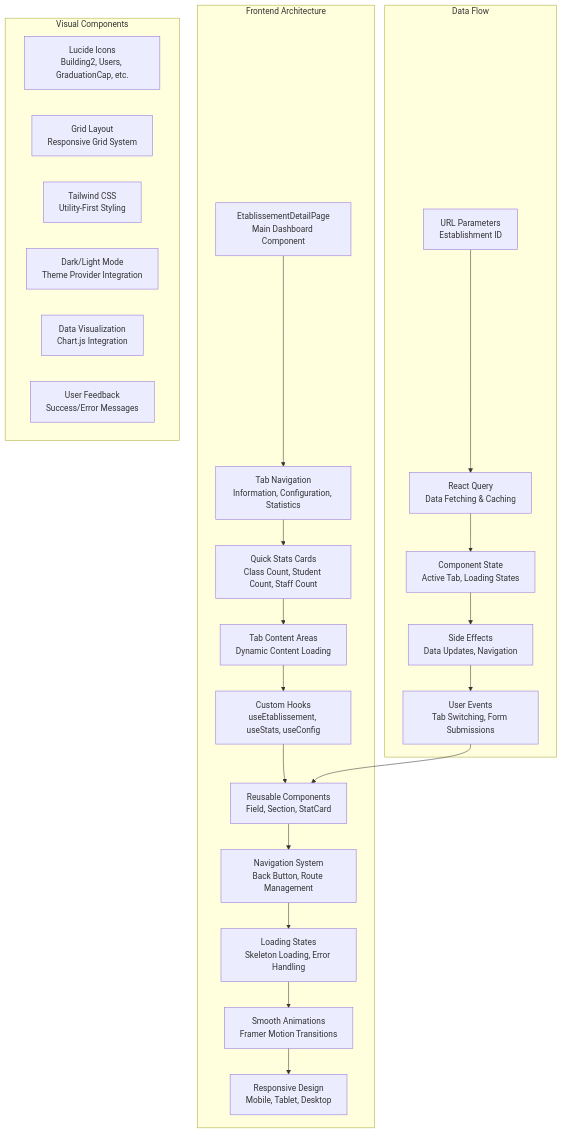
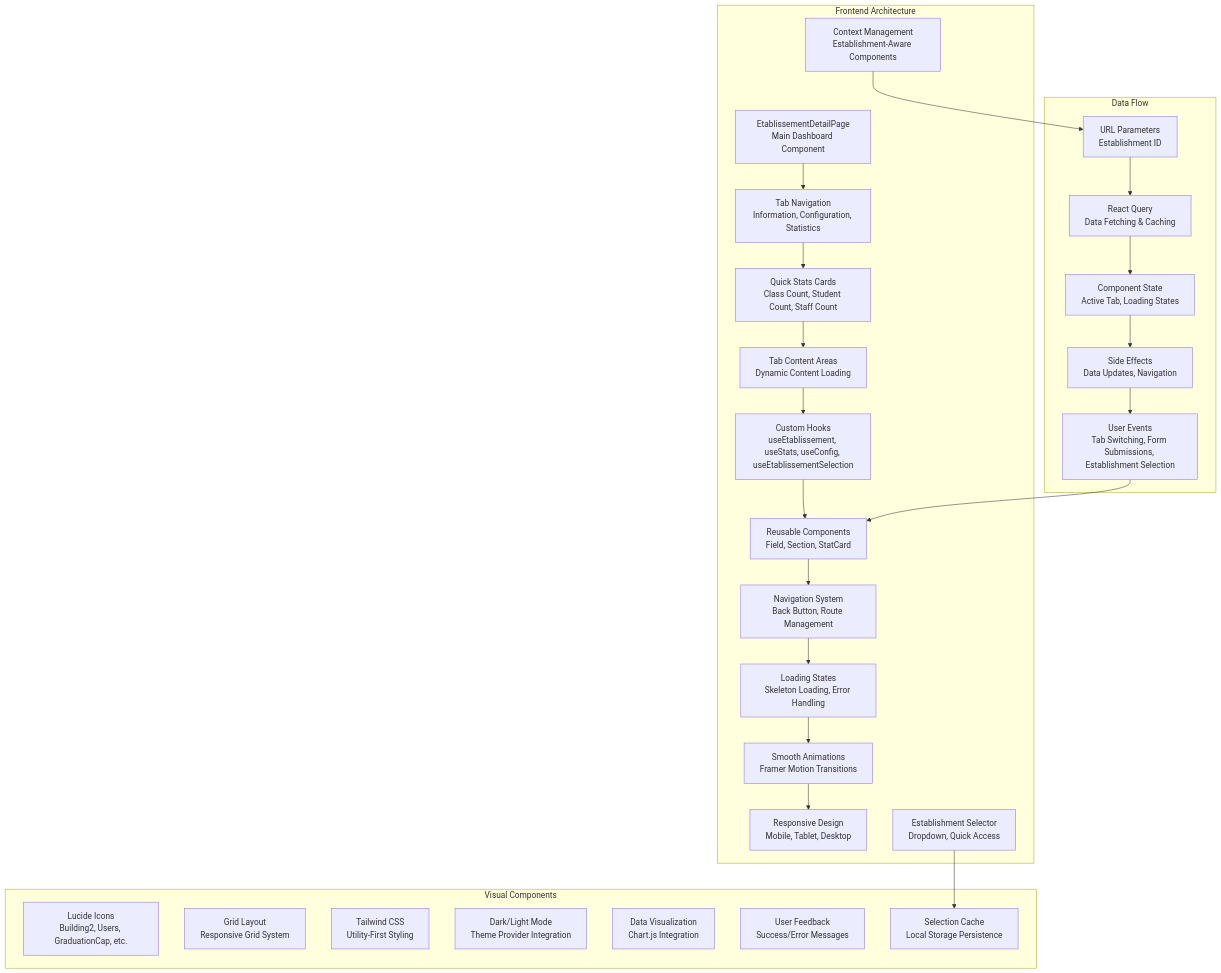
Before and after one commit to franckylab/eLISAschool: the eighth of 12 diagrams in .qoder/repowiki/en/content/Modules & Features/Administrative Modules/Establishment Management.md, drawn with Mermaid. The commit also changed other lines of this file and 281 other files, not shown here.

````diff
--- a/.qoder/repowiki/en/content/Modules & Features/Administrative Modules/Establishment Management.md
+++ b/.qoder/repowiki/en/content/Modules & Features/Administrative Modules/Establishment Management.md
@@ -510,44 +621,49 @@
 ```mermaid
 graph TB
 subgraph "Frontend Architecture"
 DetailPage["EtablissementDetailPage<br/>Main Dashboard Component"]
 Tabs["Tab Navigation<br/>Information, Configuration, Statistics"]
 StatsCards["Quick Stats Cards<br/>Class Count, Student Count, Staff Count"]
 TabContent["Tab Content Areas<br/>Dynamic Content Loading"]
-Hooks["Custom Hooks<br/>useEtablissement, useStats, useConfig"]
+Hooks["Custom Hooks<br/>useEtablissement, useStats, useConfig, useEtablissementSelection"]
 Components["Reusable Components<br/>Field, Section, StatCard"]
 Navigation["Navigation System<br/>Back Button, Route Management"]
 Loading["Loading States<br/>Skeleton Loading, Error Handling"]
 Animations["Smooth Animations<br/>Framer Motion Transitions"]
 Responsive["Responsive Design<br/>Mobile, Tablet, Desktop"]
+Selector["Establishment Selector<br/>Dropdown, Quick Access"]
+Context["Context Management<br/>Establishment-Aware Components"]
 end
 subgraph "Data Flow"
 Params["URL Parameters<br/>Establishment ID"]
 Queries["React Query<br/>Data Fetching & Caching"]
 State["Component State<br/>Active Tab, Loading States"]
 Effects["Side Effects<br/>Data Updates, Navigation"]
-Events["User Events<br/>Tab Switching, Form Submissions"]
+Events["User Events<br/>Tab Switching, Form Submissions, Establishment Selection"]
 end
 subgraph "Visual Components"
 Icons["Lucide Icons<br/>Building2, Users, GraduationCap, etc."]
 Layout["Grid Layout<br/>Responsive Grid System"]
 Styling["Tailwind CSS<br/>Utility-First Styling"]
 Theme["Dark/Light Mode<br/>Theme Provider Integration"]
 Charts["Data Visualization<br/>Chart.js Integration"]
 Notifications["User Feedback<br/>Success/Error Messages"]
+Cache["Selection Cache<br/>Local Storage Persistence"]
 end
 DetailPage --> Tabs
 Tabs --> StatsCards
 StatsCards --> TabContent
 TabContent --> Hooks
 Hooks --> Components
 Components --> Navigation
 Navigation --> Loading
 Loading --> Animations
 Animations --> Responsive
 Params --> Queries
 Queries --> State
 State --> Effects
 Effects --> Events
 Events --> Components
+Selector --> Cache
+Context --> Params
 ```
````
